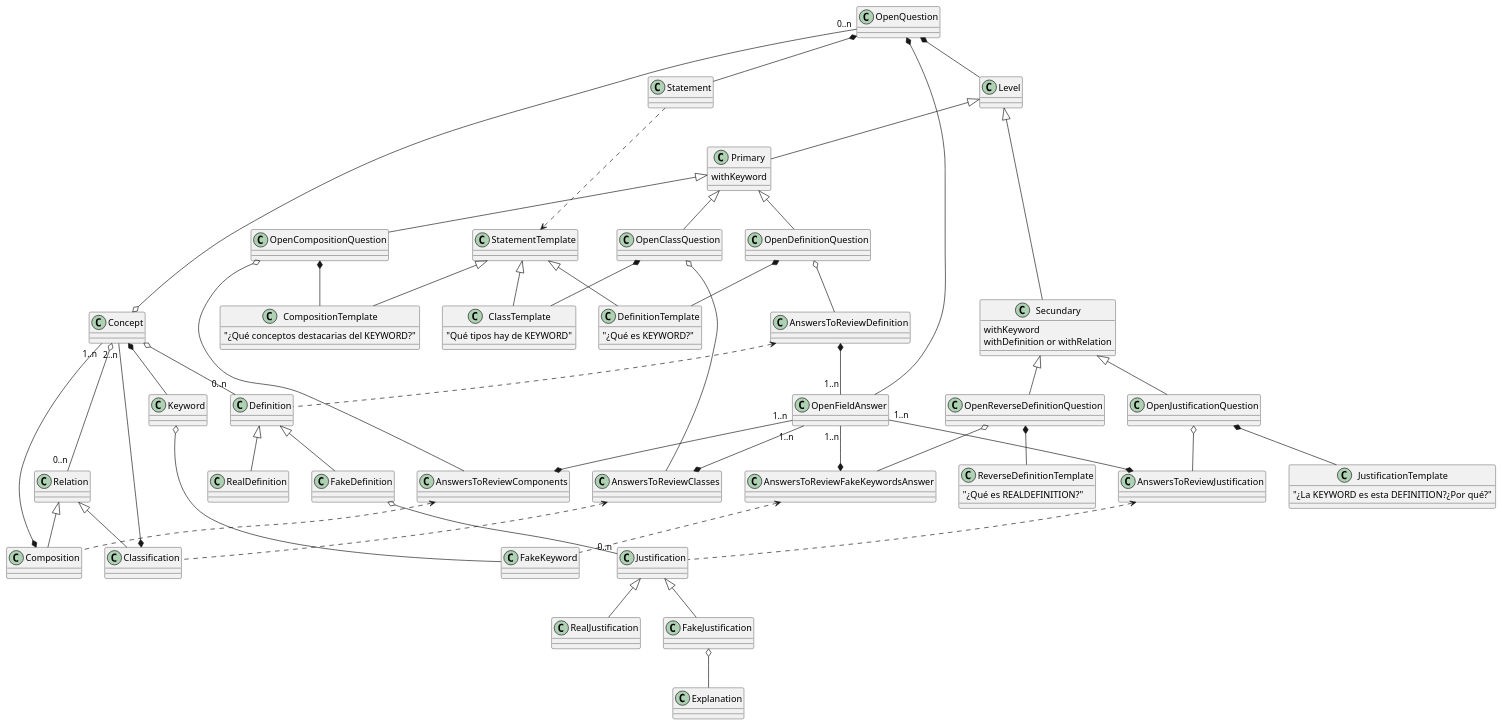
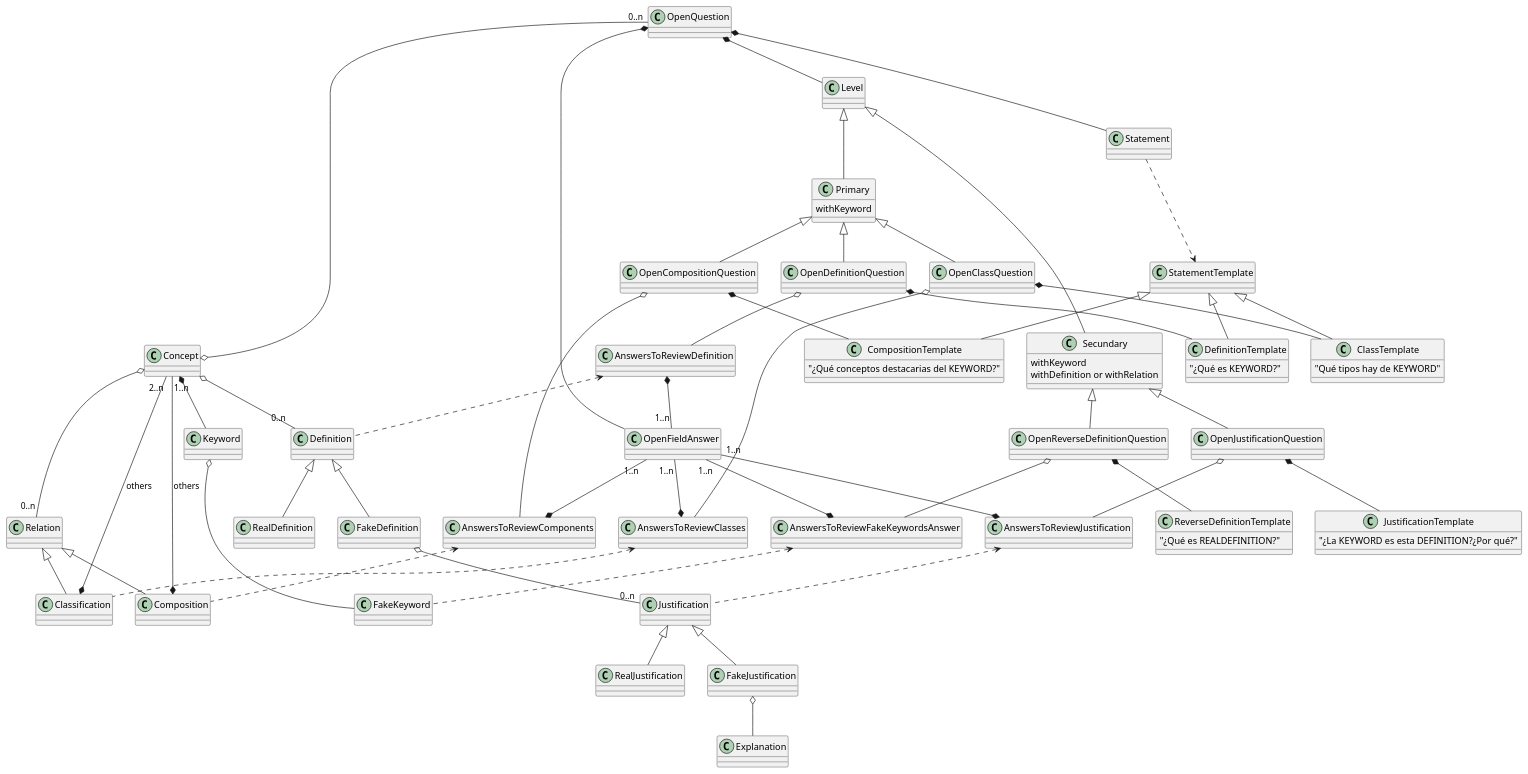
One commit to Joselon/ProyectoOpoTest changed the diagram in doc/dominio_detail_concept.puml. Above: the diagram before and after it, drawn with PlantUML. The commit also changed 14 other files, not shown here.

```diff
--- a/doc/dominio_detail_concept.puml
+++ b/doc/dominio_detail_concept.puml
@@ -1,150 +1,150 @@
 @startuml ConceptDomainDetail
 
 class Concept
 
 class Keyword
 
 class FakeKeyword
 
 class Definition
 
 class RealDefinition
 
 class FakeDefinition
 
 class Justification
 
 class RealJustification
 
 class FakeJustification
 
 class Explanation
 
 class Relation
 
 class Classification
 
 class Composition
 
 class Level
 
 class Primary {
     withKeyword
 }
 
 class Secundary {
     withKeyword
     withDefinition or withRelation
 }
 
 class OpenDefinitionQuestion 
 
 class OpenClassQuestion
 
 class OpenCompositionQuestion 
 
 class OpenReverseDefinitionQuestion
 
 class OpenJustificationQuestion
 
 class OpenQuestion
 
 class Statement
 
 class StatementTemplate
 
 
 class DefinitionTemplate {
     "¿Qué es KEYWORD?"
 }
 
 class ClassTemplate {
     "Qué tipos hay de KEYWORD"
 }
 
 class CompositionTemplate {
  "¿Qué conceptos destacarias del KEYWORD?"
 }
 
 class JustificationTemplate {
  "¿La KEYWORD es esta DEFINITION?¿Por qué?"
 }
 
 class ReverseDefinitionTemplate {
     "¿Qué es REALDEFINITION?"
 }
 
 class OpenFieldAnswer
 
 class AnswersToReviewDefinition
 
 class AnswersToReviewJustification  
 
 class AnswersToReviewFakeKeywordsAnswer
 
 class AnswersToReviewClasses 
 
 OpenQuestion "0..n" -o Concept
 OpenQuestion *-- OpenFieldAnswer
 
 Concept *-- Keyword
 
 Concept o--"0..n" Definition
 Definition <|-- RealDefinition
 Definition <|-- FakeDefinition
 FakeDefinition o-- "0..n" Justification
 Justification <|-- RealJustification
 Justification <|-- FakeJustification
 FakeJustification o-- Explanation
 
 Concept o-- "0..n" Relation
 Relation <|-- Classification
 Relation <|-- Composition
 'CONSULTAR SENTIDO DE RELACION A OTROS CONCEPTOS
-Classification *-- "2..n" Concept
-Composition *-- "1..n" Concept
+Classification *-- "2..n" Concept: others
+Composition *-- "1..n" Concept: others
 
 
 OpenQuestion *-- Level
 OpenQuestion *-- Statement
 Statement ..> StatementTemplate
 
 Level <|-- Primary
 Level <|-- Secundary
 
 StatementTemplate <|-- DefinitionTemplate
 StatementTemplate <|-- ClassTemplate
 StatementTemplate <|-- CompositionTemplate
 
 Primary <|-- OpenDefinitionQuestion
 OpenDefinitionQuestion *-- DefinitionTemplate
 OpenDefinitionQuestion o-- AnswersToReviewDefinition
 AnswersToReviewDefinition *-- "1..n" OpenFieldAnswer
 AnswersToReviewDefinition <.. Definition
 
 Primary <|-- OpenClassQuestion
 OpenClassQuestion *-- ClassTemplate
 OpenClassQuestion o-- AnswersToReviewClasses
 OpenFieldAnswer "1..n"--* AnswersToReviewClasses
 AnswersToReviewClasses <.. Classification
 
 Primary <|-- OpenCompositionQuestion
 OpenCompositionQuestion *-- CompositionTemplate
 OpenCompositionQuestion o-- AnswersToReviewComponents
 OpenFieldAnswer "1..n"--* AnswersToReviewComponents
 AnswersToReviewComponents <.. Composition
 
 Secundary <|-- OpenReverseDefinitionQuestion
 OpenReverseDefinitionQuestion *-- ReverseDefinitionTemplate
 OpenReverseDefinitionQuestion o-- AnswersToReviewFakeKeywordsAnswer
 OpenFieldAnswer "1..n"--* AnswersToReviewFakeKeywordsAnswer 
 AnswersToReviewFakeKeywordsAnswer <.. FakeKeyword
 Keyword o--- FakeKeyword
 
 Secundary <|-- OpenJustificationQuestion
 OpenJustificationQuestion *-- JustificationTemplate
 OpenJustificationQuestion o-- AnswersToReviewJustification
 OpenFieldAnswer "1..n"--* AnswersToReviewJustification
 AnswersToReviewJustification <.. Justification
 
 @enduml
```
